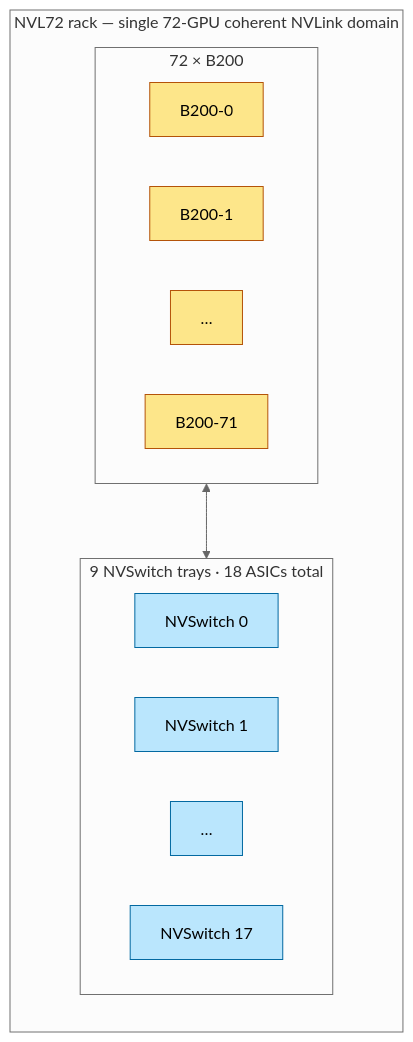
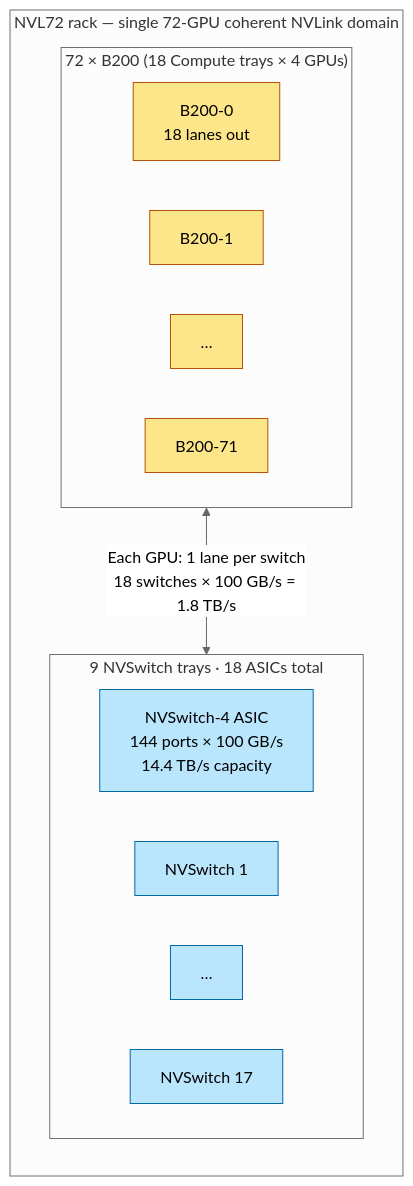
The fifth of 7 diagrams in ai_infra/L3_Microarchitecture/Blackwell_Architecture.md (Wty2003328/ai_infra_intro), drawn with Mermaid (neutral theme) before and after one commit. The commit also changed other lines of this file and 50 other files, not shown here.

````diff
--- a/ai_infra/L3_Microarchitecture/Blackwell_Architecture.md
+++ b/ai_infra/L3_Microarchitecture/Blackwell_Architecture.md
@@ -235,23 +322,23 @@
 ```mermaid
 flowchart TB
     subgraph RACK["NVL72 rack — single 72-GPU coherent NVLink domain"]
         direction TB
-        subgraph NS[9 NVSwitch trays · 18 ASICs total]
+        subgraph NS["9 NVSwitch trays · 18 ASICs total"]
             direction LR
-            S0[NVSwitch 0]:::sw
+            S0["NVSwitch-4 ASIC<br/>144 ports × 100 GB/s<br/>14.4 TB/s capacity"]:::sw
             S1[NVSwitch 1]:::sw
             SD[…]:::sw
             S17[NVSwitch 17]:::sw
         end
-        subgraph GPUS[72 × B200]
+        subgraph GPUS["72 × B200 (18 Compute trays × 4 GPUs)"]
             direction LR
-            G0[B200-0]:::g
+            G0["B200-0<br/>18 lanes out"]:::g
             G1[B200-1]:::g
             GD[…]:::g
             G71[B200-71]:::g
         end
-        GPUS <--> NS
+        GPUS <-->|"Each GPU: 1 lane per switch<br/>18 switches × 100 GB/s = 1.8 TB/s"| NS
     end
     classDef sw fill:#bae6fd,stroke:#0369a1,color:#000
     classDef g fill:#fde68a,stroke:#b45309,color:#000
 ```
````
